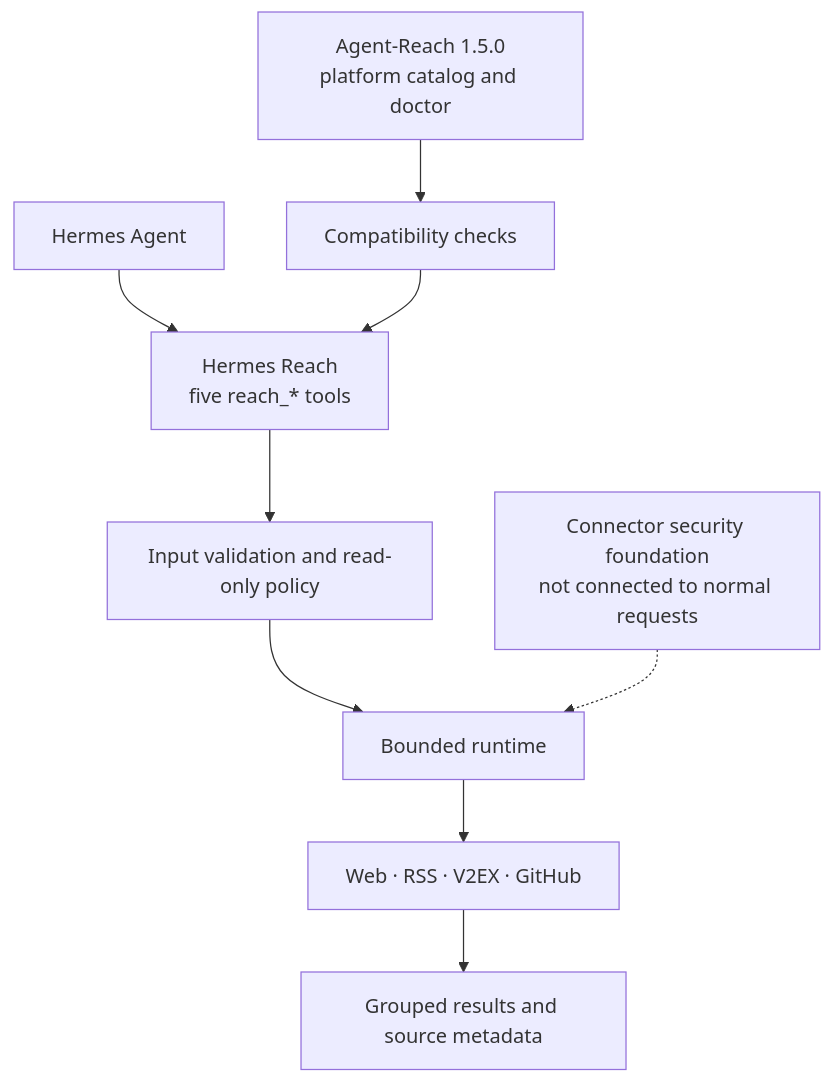
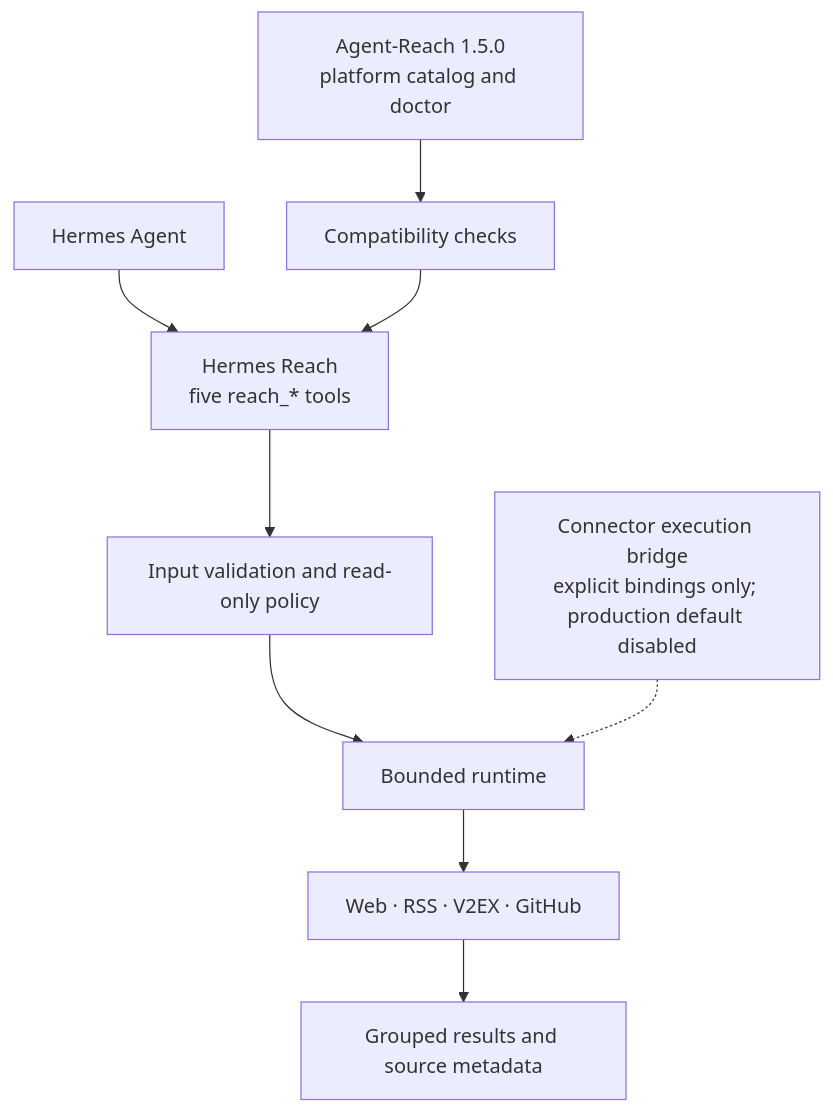
Before and after one commit to izumi0uu/hermes-reach: the first of 2 diagrams in README_EN.md, drawn with Mermaid. The commit also changed other lines of this file and 2 other files, not shown here.

Commit message:
docs(connector): clarify explicit execution bridge

````diff
--- a/README_EN.md
+++ b/README_EN.md
@@ -120,11 +120,11 @@
 ```mermaid
 flowchart TD
     Hermes["Hermes Agent"] --> Plugin["Hermes Reach<br/>five reach_* tools"]
     Upstream["Agent-Reach 1.5.0<br/>platform catalog and doctor"] --> Bridge["Compatibility checks"]
     Bridge --> Plugin
     Plugin --> Guard["Input validation and read-only policy"]
     Guard --> Runtime["Bounded runtime"]
     Runtime --> Adapters["Web · RSS · V2EX · GitHub"]
     Adapters --> Results["Grouped results and source metadata"]
-    Connector["Connector security foundation<br/>not connected to normal requests"] -.-> Runtime
+    Connector["Connector execution bridge<br/>explicit bindings only; production default disabled"] -.-> Runtime
 ```
````
